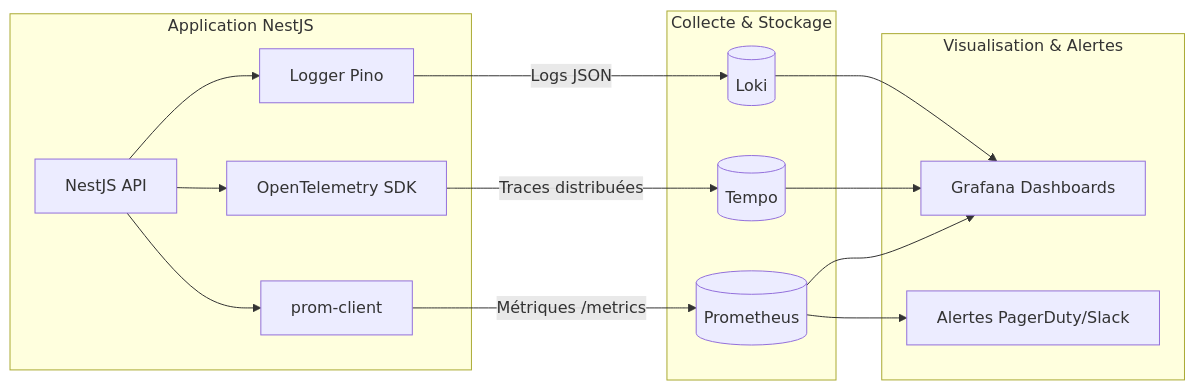
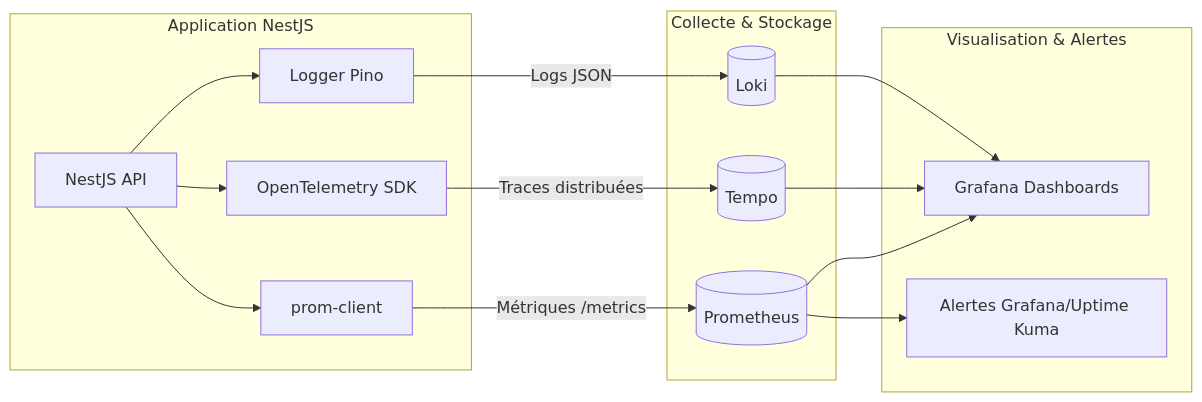
Before and after one commit to enockmigjr/Test-Backend-Telecom: the sixth of 9 diagrams in docs/architecture-flows.md, drawn with Mermaid. The commit also changed other lines of this file and 21 other files, not shown here.

````diff
--- a/docs/architecture-flows.md
+++ b/docs/architecture-flows.md
@@ -199,33 +199,33 @@
 ```mermaid
 flowchart LR
     subgraph "Application NestJS"
         API[NestJS API]
         Pino[Logger Pino]
         OTel[OpenTelemetry SDK]
         PromClient[prom-client]
     end
 
     subgraph "Collecte & Stockage"
         Loki[(Loki)]
         Tempo[(Tempo)]
         Prometheus[(Prometheus)]
     end
 
     subgraph "Visualisation & Alertes"
         Grafana[Grafana Dashboards]
-        Alerts[Alertes PagerDuty/Slack]
+        Alerts[Alertes Grafana/Uptime Kuma]
     end
 
     API --> Pino
     API --> OTel
     API --> PromClient
 
     Pino -->|Logs JSON| Loki
     OTel -->|Traces distribuées| Tempo
     PromClient -->|Métriques /metrics| Prometheus
 
     Loki --> Grafana
     Tempo --> Grafana
     Prometheus --> Grafana
     Prometheus --> Alerts
 ```
````
